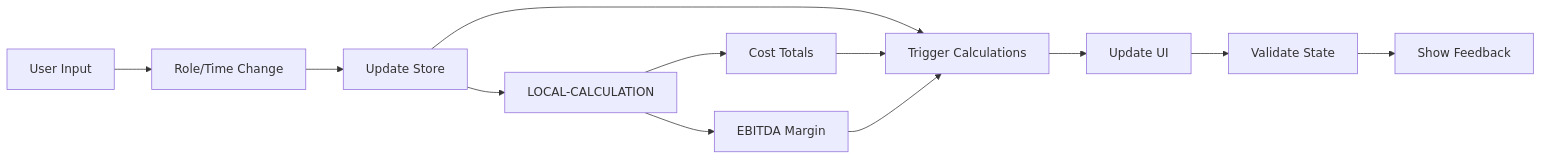
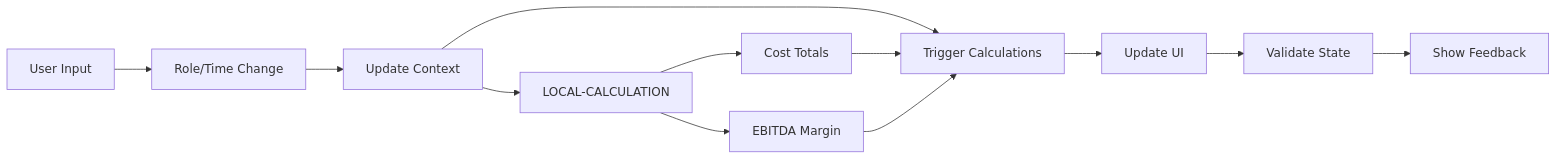
Before and after one commit to yeshwanth-divami/project-estimation: the second of 2 diagrams in docs/implementation/TEAM-BUILDER/technical-spec.md, drawn with Mermaid. The commit also changed other lines of this file and 2 other files, not shown here.

````diff
--- a/docs/implementation/TEAM-BUILDER/technical-spec.md
+++ b/docs/implementation/TEAM-BUILDER/technical-spec.md
@@ -235,15 +247,15 @@
 ```mermaid
 graph LR
     A[User Input] --> B[Role/Time Change]
-    B --> C[Update Store]
+    B --> C[Update Context]
     C --> D[Trigger Calculations]
     D --> E[Update UI]
     E --> F[Validate State]
     F --> G[Show Feedback]
     
     C --> H[LOCAL-CALCULATION]
     H --> I[Cost Totals]
     H --> J[EBITDA Margin]
     I --> D
     J --> D
 ```
````
